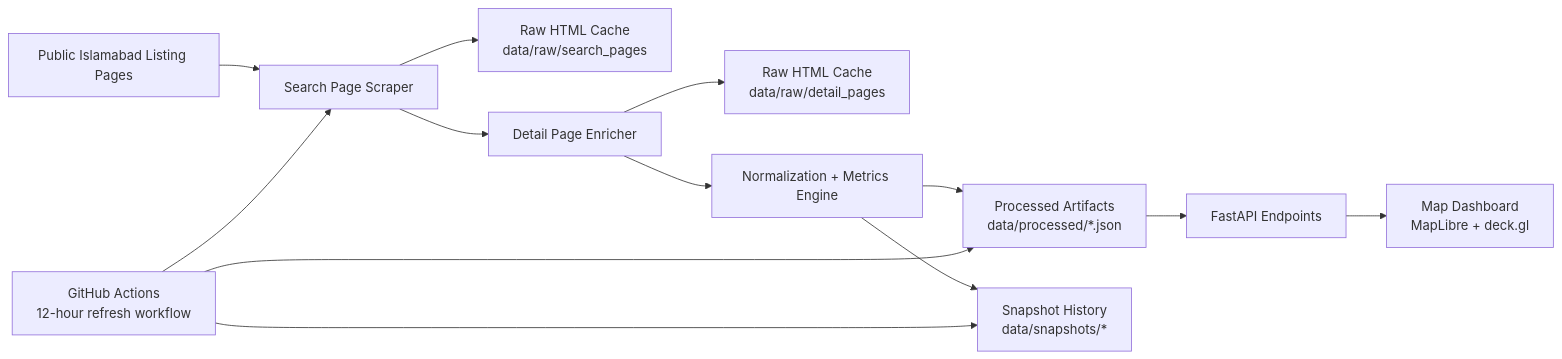
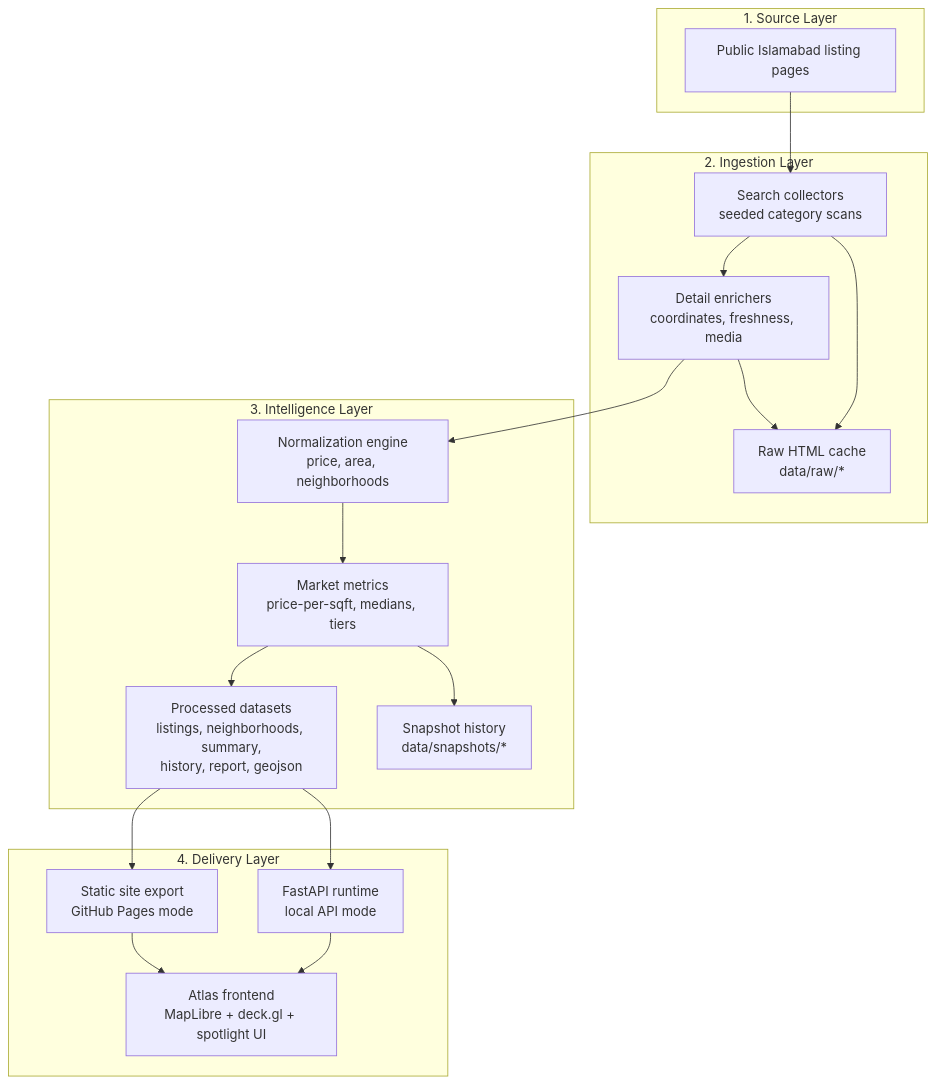
The first of 2 diagrams in README.md (rTalhaa/Islamabad-Land-Price-HeatMap), drawn with Mermaid before and after one commit. The commit also changed other lines of this file, not shown here.

Commit message:
docs: redesign architecture section
Replace the old generic architecture diagram with a clearer system view and a separate delivery diagram that reflects how the atlas is actually built, shipped, and consumed today.

````diff
--- a/README.md
+++ b/README.md
@@ -37,15 +45,38 @@
 ```mermaid
-flowchart LR
-    A["Public Islamabad Listing Pages"] --> B["Search Page Scraper"]
-    B --> C["Raw HTML Cache<br/>data/raw/search_pages"]
-    B --> D["Detail Page Enricher"]
-    D --> E["Raw HTML Cache<br/>data/raw/detail_pages"]
-    D --> F["Normalization + Metrics Engine"]
-    F --> G["Processed Artifacts<br/>data/processed/*.json"]
-    F --> H["Snapshot History<br/>data/snapshots/*"]
-    G --> I["FastAPI Endpoints"]
-    I --> J["Map Dashboard<br/>MapLibre + deck.gl"]
-    K["GitHub Actions<br/>12-hour refresh workflow"] --> B
-    K --> G
-    K --> H
+flowchart TB
+    subgraph Sources["1. Source Layer"]
+        Z["Public Islamabad listing pages"]
+    end
+
+    subgraph Ingestion["2. Ingestion Layer"]
+        S["Search collectors<br/>seeded category scans"]
+        D["Detail enrichers<br/>coordinates, freshness, media"]
+        RC["Raw HTML cache<br/>data/raw/*"]
+    end
+
+    subgraph Intelligence["3. Intelligence Layer"]
+        N["Normalization engine<br/>price, area, neighborhoods"]
+        M["Market metrics<br/>price-per-sqft, medians, tiers"]
+        P["Processed datasets<br/>listings, neighborhoods, summary,<br/>history, report, geojson"]
+        H["Snapshot history<br/>data/snapshots/*"]
+    end
+
+    subgraph Delivery["4. Delivery Layer"]
+        F["FastAPI runtime<br/>local API mode"]
+        G["Static site export<br/>GitHub Pages mode"]
+        U["Atlas frontend<br/>MapLibre + deck.gl + spotlight UI"]
+    end
+
+    Z --> S
+    S --> RC
+    S --> D
+    D --> RC
+    D --> N
+    N --> M
+    M --> P
+    M --> H
+    P --> F
+    P --> G
+    F --> U
+    G --> U
 ```
````
